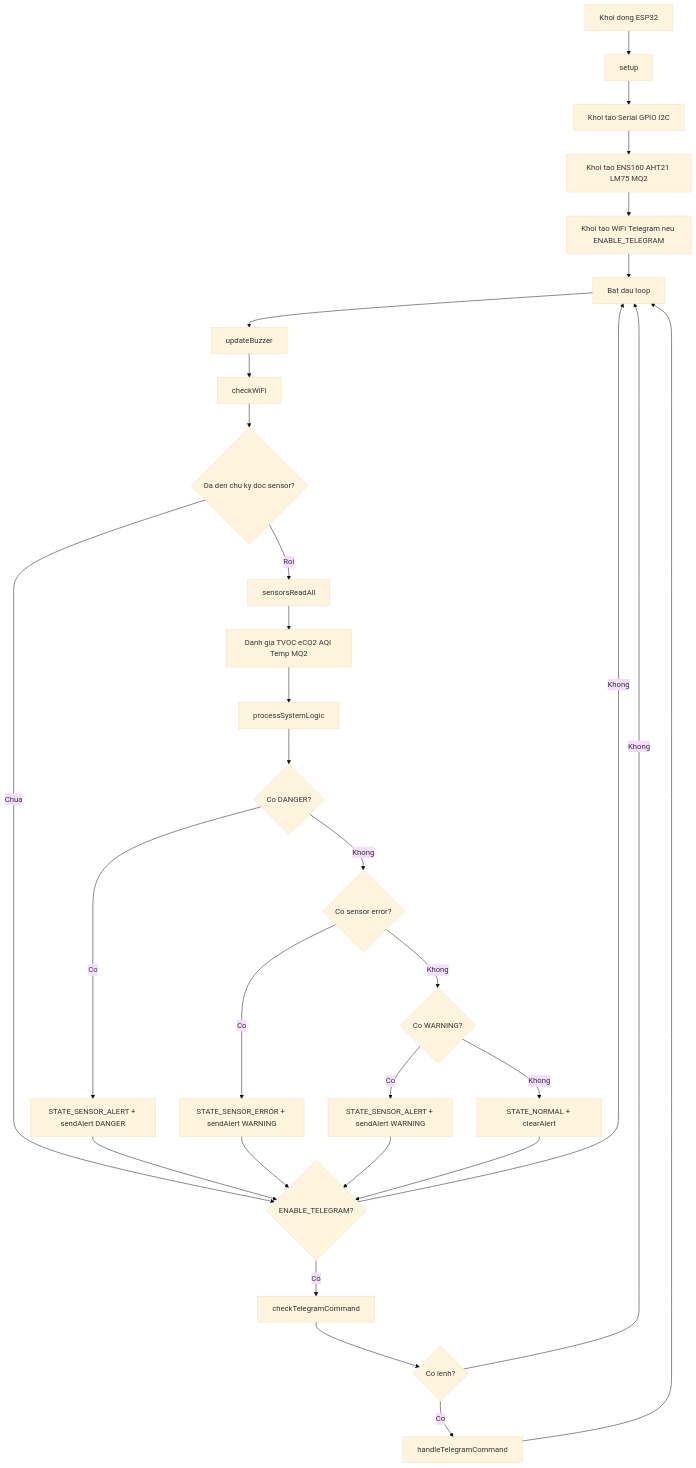
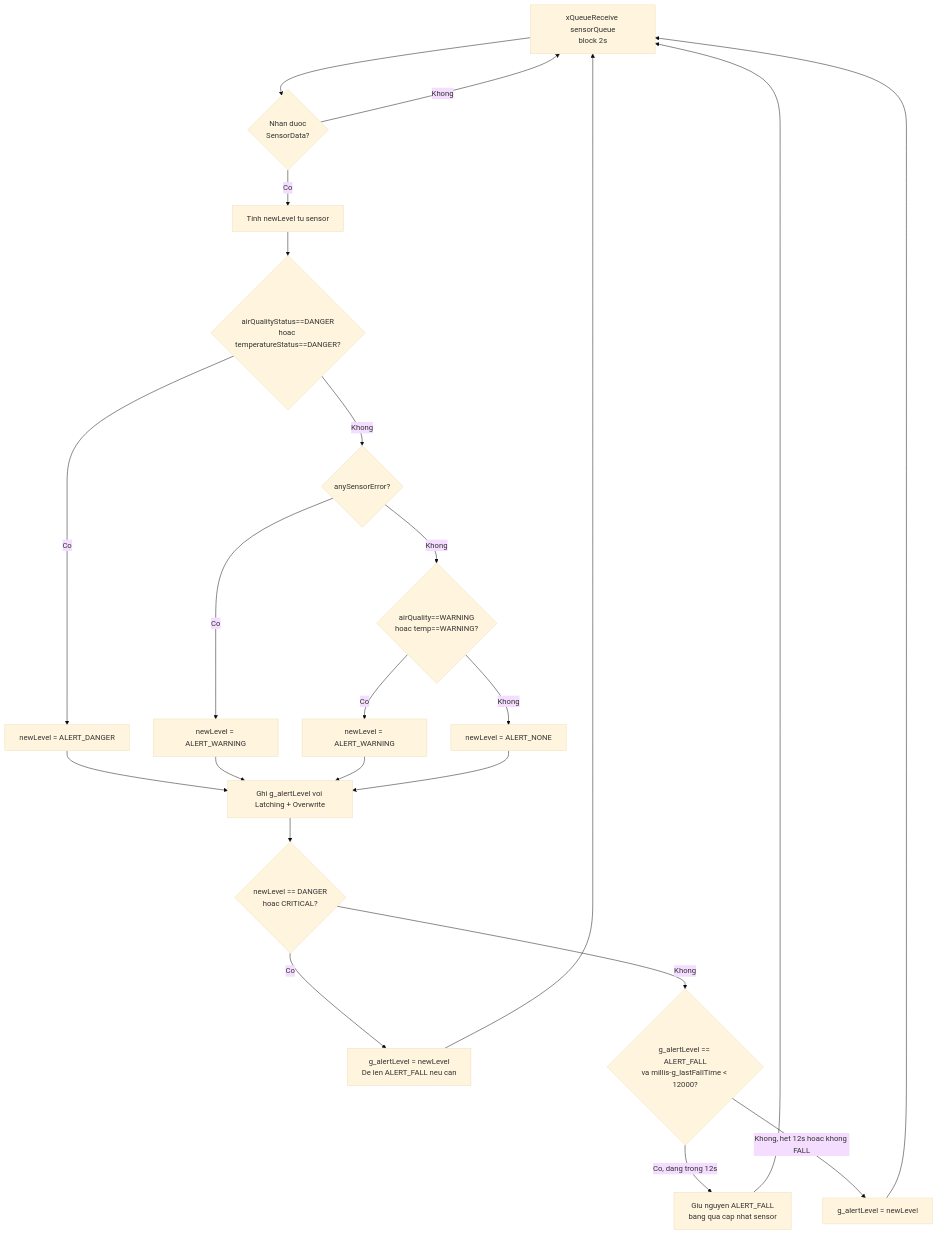
The third of 8 diagrams in Flowchart/nguyen-ly-hoat-dong-flowchart.md (DKiet33/MAIN_PROJECT_THAYKIEN_MPU6050_XIAO), drawn with Mermaid (base theme) before and after one commit. The commit also changed other lines of this file and 5 other files, not shown here.

````diff
--- a/Flowchart/nguyen-ly-hoat-dong-flowchart.md
+++ b/Flowchart/nguyen-ly-hoat-dong-flowchart.md
@@ -13,37 +76,29 @@
 ```mermaid
 flowchart TD
-    A[Khoi dong ESP32] --> B[setup]
-    B --> C[Khoi tao Serial GPIO I2C]
-    C --> D[Khoi tao ENS160 AHT21 LM75 MQ2]
-    D --> E[Khoi tao WiFi Telegram neu ENABLE_TELEGRAM]
-    E --> F[Bat dau loop]
+    A[xQueueReceive sensorQueue\nblock 2s] --> B{Nhan duoc\nSensorData?}
+    B -- Khong --> A
+    B -- Co --> C[Tinh newLevel tu sensor]
 
-    F --> G[updateBuzzer]
-    G --> H[checkWiFi]
-    H --> I{Da den chu ky doc sensor?}
+    C --> D{airQualityStatus==DANGER\nhoac temperatureStatus==DANGER?}
+    D -- Co --> E[newLevel = ALERT_DANGER]
+    D -- Khong --> F{anySensorError?}
+    F -- Co --> G[newLevel = ALERT_WARNING]
+    F -- Khong --> H{airQuality==WARNING\nhoac temp==WARNING?}
+    H -- Co --> I[newLevel = ALERT_WARNING]
+    H -- Khong --> J[newLevel = ALERT_NONE]
 
-    I -- Chua --> T{ENABLE_TELEGRAM?}
-    I -- Roi --> J[sensorsReadAll]
-    J --> K[Danh gia TVOC eCO2 AQI Temp MQ2]
-    K --> L[processSystemLogic]
+    E --> K[Ghi g_alertLevel voi Latching + Overwrite]
+    G --> K
+    I --> K
+    J --> K
 
-    L --> M{Co DANGER?}
-    M -- Co --> N[STATE_SENSOR_ALERT + sendAlert DANGER]
-    M -- Khong --> O{Co sensor error?}
-    O -- Co --> P[STATE_SENSOR_ERROR + sendAlert WARNING]
-    O -- Khong --> Q{Co WARNING?}
-    Q -- Co --> R[STATE_SENSOR_ALERT + sendAlert WARNING]
-    Q -- Khong --> S[STATE_NORMAL + clearAlert]
+    K --> L{newLevel == DANGER\nhoac CRITICAL?}
+    L -- Co --> M[g_alertLevel = newLevel\nDe len ALERT_FALL neu can]
+    L -- Khong --> N{g_alertLevel == ALERT_FALL\nva millis-g_lastFallTime < 12000?}
+    N -- Co, dang trong 12s --> O[Giu nguyen ALERT_FALL\nbang qua cap nhat sensor]
+    N -- Khong, het 12s hoac khong FALL --> P[g_alertLevel = newLevel]
 
-    N --> T
-    P --> T
-    R --> T
-    S --> T
-
-    T -- Khong --> F
-    T -- Co --> U[checkTelegramCommand]
-    U --> V{Co lenh?}
-    V -- Khong --> F
-    V -- Co --> W[handleTelegramCommand]
-    W --> F
+    M --> A
+    O --> A
+    P --> A
 ```
````
